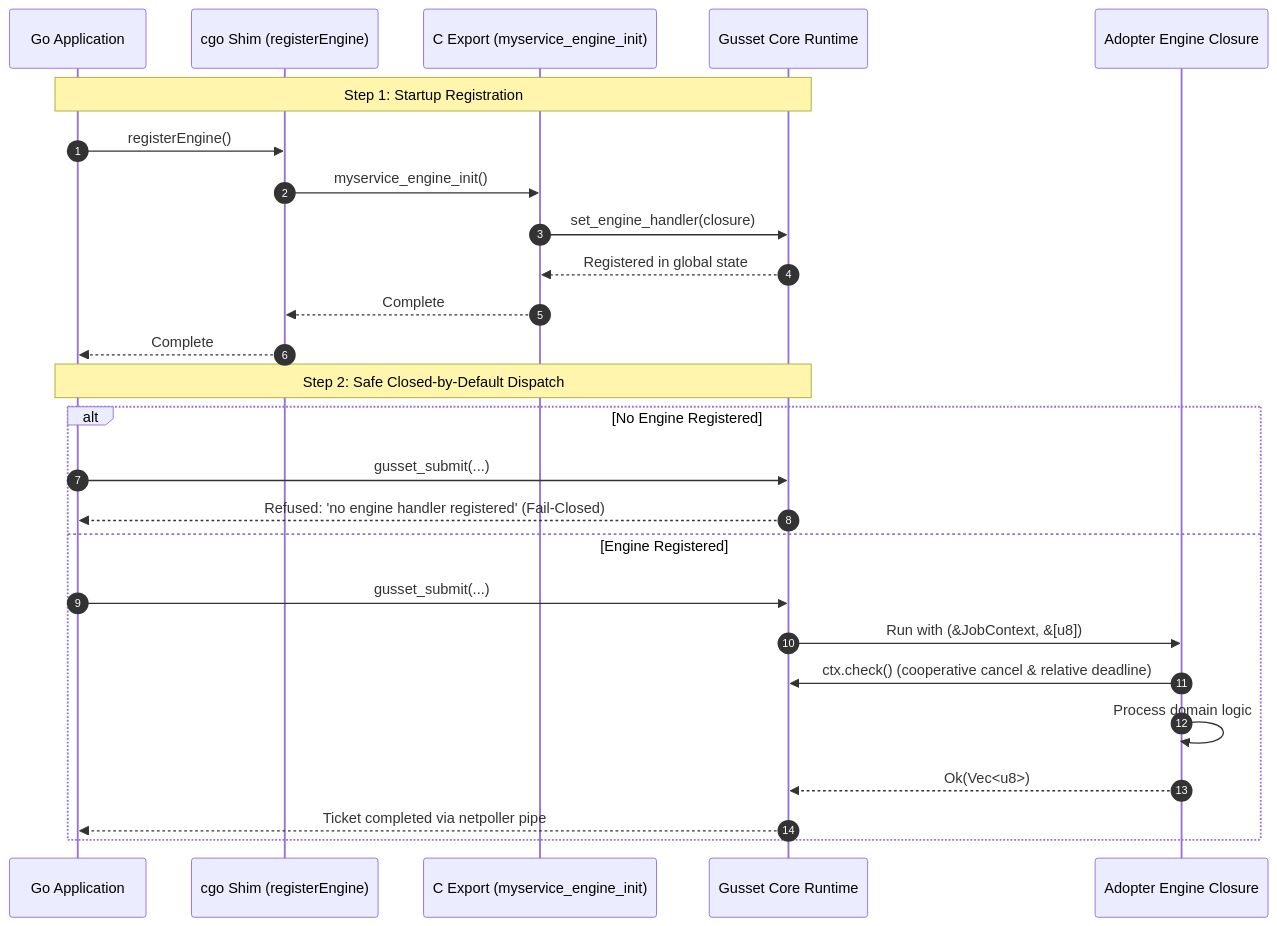
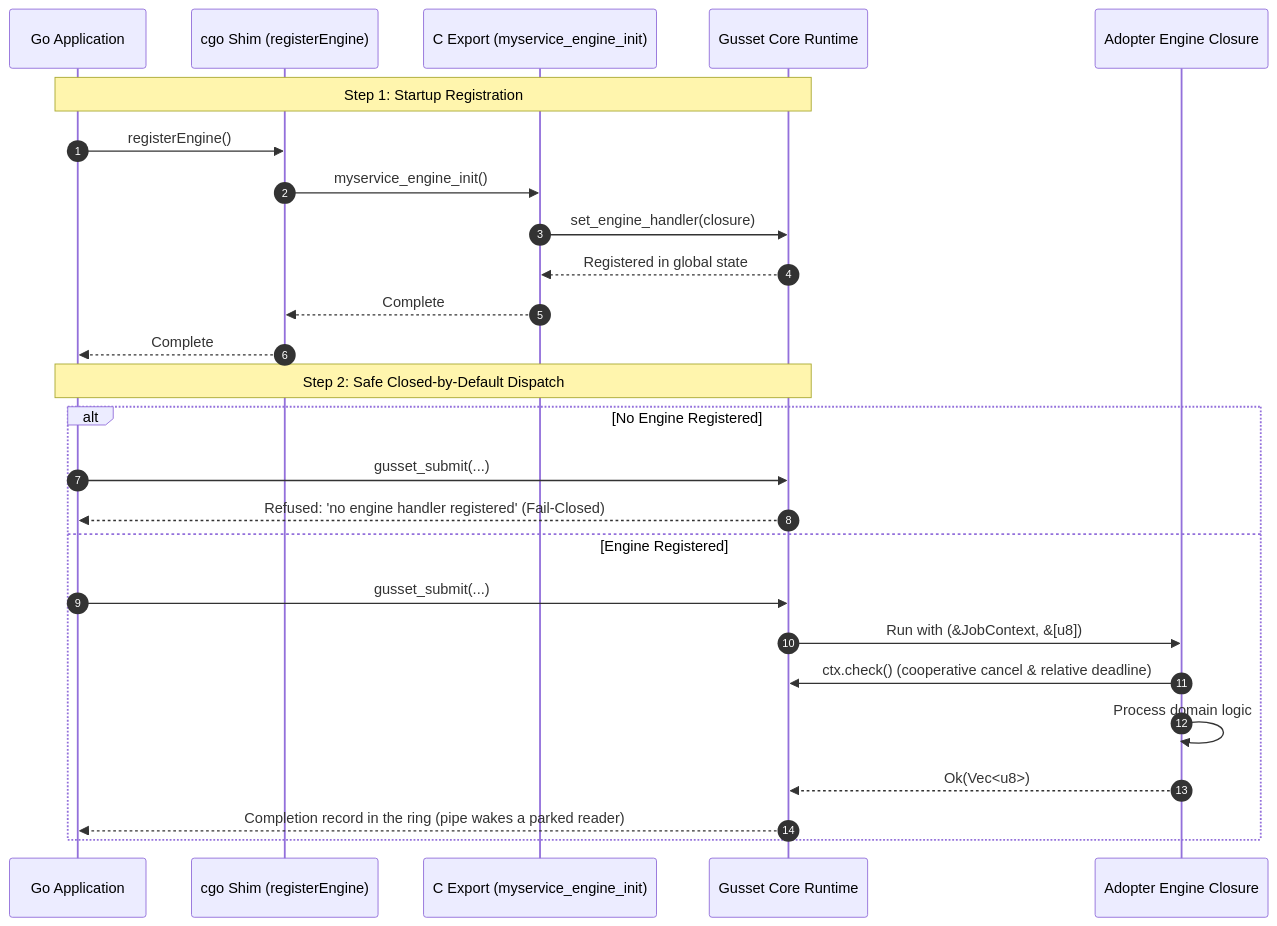
Before and after one commit to bharathvbcr/gusset: the second of 3 diagrams in docs/adoption.md, drawn with Mermaid. The commit also changed other lines of this file and 9 other files, not shown here.

First line of the commit message:
docs: describe the completion ring and the 17-export ABI protecting I4 and I6

````diff
--- a/docs/adoption.md
+++ b/docs/adoption.md
@@ -131,30 +131,30 @@
 ```mermaid
 sequenceDiagram
     autonumber
     participant Go as Go Application
     participant Shim as cgo Shim (registerEngine)
     participant CInit as C Export (myservice_engine_init)
     participant RustGusset as Gusset Core Runtime
     participant Engine as Adopter Engine Closure
 
     Note over Go,RustGusset: Step 1: Startup Registration
     Go->>Shim: registerEngine()
     Shim->>CInit: myservice_engine_init()
     CInit->>RustGusset: set_engine_handler(closure)
     RustGusset-->>CInit: Registered in global state
     CInit-->>Shim: Complete
     Shim-->>Go: Complete
 
     Note over Go,RustGusset: Step 2: Safe Closed-by-Default Dispatch
     alt No Engine Registered
         Go->>RustGusset: gusset_submit(...)
         RustGusset-->>Go: Refused: 'no engine handler registered' (Fail-Closed)
     else Engine Registered
         Go->>RustGusset: gusset_submit(...)
         RustGusset->>Engine: Run with (&JobContext, &[u8])
         Engine->>RustGusset: ctx.check() (cooperative cancel & relative deadline)
         Engine->>Engine: Process domain logic
         Engine-->>RustGusset: Ok(Vec<u8>)
-        RustGusset-->>Go: Ticket completed via netpoller pipe
+        RustGusset-->>Go: Completion record in the ring (pipe wakes a parked reader)
     end
 ```
````
